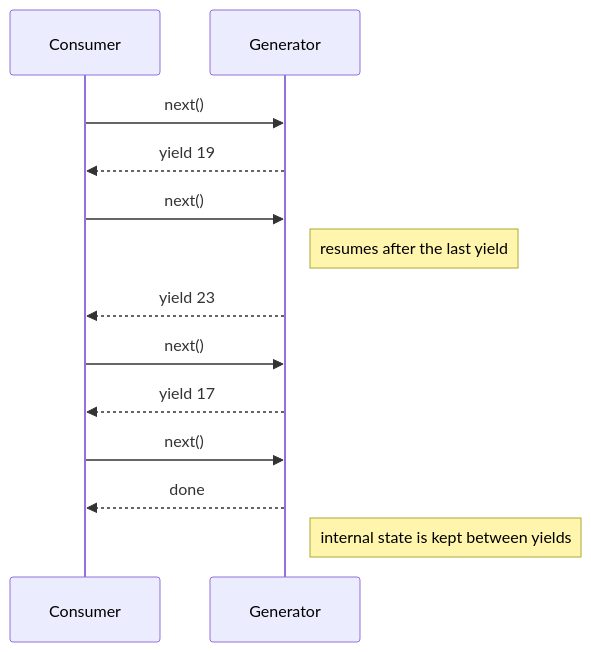
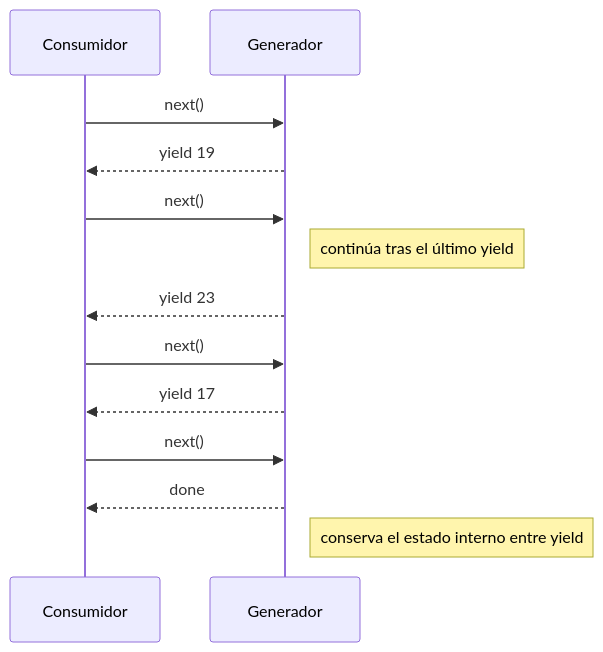
One commit to dullroar/aprende-a-programar-como-un-bicho-raro changed the diagram in lessons/cs-source/concepts/generators.md. Above: the diagram before and after it, drawn with Mermaid. The commit also changed other lines of this file and 47 other files, not shown here.

````diff
--- a/lessons/cs-source/concepts/generators.md
+++ b/lessons/cs-source/concepts/generators.md
@@ -8,17 +8,17 @@
 ```mermaid
 sequenceDiagram
-    accTitle: Generators answer one next-value request at a time, resuming from where they last yielded
-    accDescr: A sequence diagram with a consumer and a generator. The consumer calls next. The generator runs to its first yield and hands back 19. The consumer calls next again, and the generator resumes after the yield and hands back 23. Another call gives 17. On the fourth call the generator has nothing left and signals done. The consumer drives every step, and the generator keeps its internal state between yields.
-    participant C as Consumer
-    participant G as Generator
+    accTitle: Los generadores responden a cada pedido del siguiente valor desde el punto donde entregaron el anterior
+    accDescr: Diagrama de secuencia con un consumidor y un generador. El consumidor llama a next. El generador se ejecuta hasta su primer yield y devuelve 19. El consumidor vuelve a llamar a next. El generador continúa tras el yield y devuelve 23. Otra llamada da 17. En la cuarta llamada el generador ya no tiene nada que entregar y señala done. El consumidor dirige cada paso y el generador conserva su estado interno entre yield.
+    participant C as Consumidor
+    participant G as Generador
     C->>G: next()
     G-->>C: yield 19
     C->>G: next()
-    Note right of G: resumes after the last yield
+    Note right of G: continúa tras el último yield
     G-->>C: yield 23
     C->>G: next()
     G-->>C: yield 17
     C->>G: next()
     G-->>C: done
-    Note right of G: internal state is kept between yields
+    Note right of G: conserva el estado interno entre yield
 ```
````
